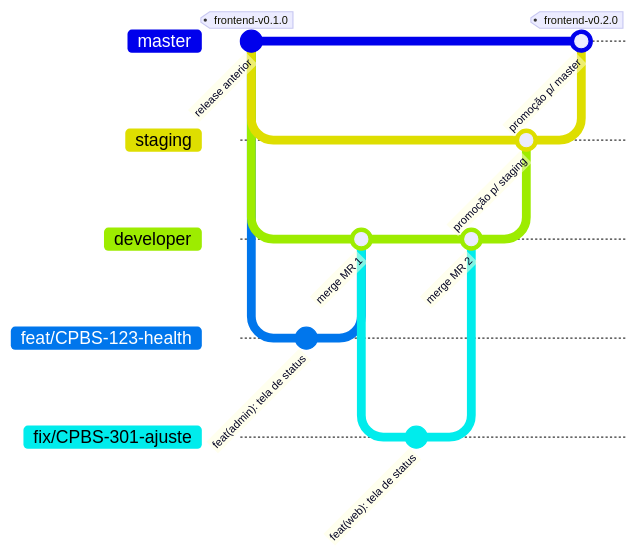
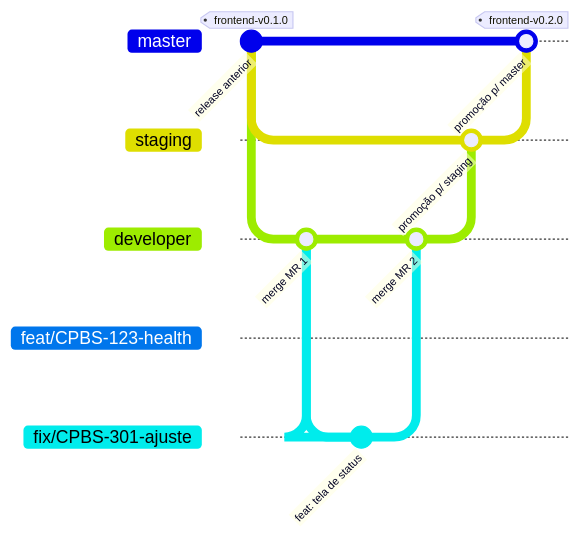
The second of 4 diagrams in frontend/CONTRIBUTING.md (oseasmoreto/bot-chat), drawn with Mermaid before and after one commit. The commit also changed other lines of this file and 32 other files, not shown here.

````diff
--- a/frontend/CONTRIBUTING.md
+++ b/frontend/CONTRIBUTING.md
@@ -36,19 +36,19 @@
 ```mermaid
 %%{init: {'gitGraph': {'mainBranchName': 'master'}}}%%
 gitGraph
     commit id: "release anterior" tag: "frontend-v0.1.0"
     branch staging
     branch developer
     branch feat/CPBS-123-health
-    commit id: "feat(admin): tela de status"
+    commit id: "feat: tela de status"
     checkout developer
     merge feat/CPBS-123-health id: "merge MR 1"
     branch fix/CPBS-301-ajuste
-    commit id: "feat(web): tela de status"
+    commit id: "feat: tela de status"
     checkout developer
     merge fix/CPBS-301-ajuste id: "merge MR 2"
     checkout staging
     merge developer id: "promoção p/ staging"
     checkout master
     merge staging id: "promoção p/ master" tag: "frontend-v0.2.0"
 ```
````
